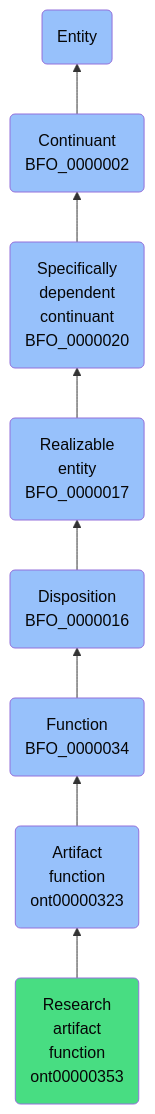
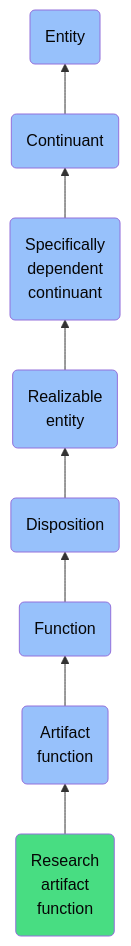
The diagram in docs/ontology/reference/model/Entity/Continuant/Specifically dependent continuant/Realizable entity/Disposition/Function/Artifact function/Research artifact function/Research artifact function.md (jupyter-naas/abi), drawn with Mermaid before and after one commit. The commit also changed other lines of this file and 1430 other files, not shown here.

````diff
--- a/docs/ontology/reference/model/Entity/Continuant/Specifically dependent continuant/Realizable entity/Disposition/Function/Artifact function/Research artifact function/Research artifact function.md
+++ b/docs/ontology/reference/model/Entity/Continuant/Specifically dependent continuant/Realizable entity/Disposition/Function/Artifact function/Research artifact function/Research artifact function.md
@@ -24,15 +24,15 @@
 ```mermaid
 graph BT
-    ont00000353(Research<br>artifact<br>function<br>ont00000353):::ABI-->ont00000323
-    ont00000323(Artifact<br>function<br>ont00000323):::BFO-->BFO_0000034
-    BFO_0000034(Function<br>BFO_0000034):::BFO-->BFO_0000016
-    BFO_0000016(Disposition<br>BFO_0000016):::BFO-->BFO_0000017
-    BFO_0000017(Realizable<br>entity<br>BFO_0000017):::BFO-->BFO_0000020
-    BFO_0000020(Specifically<br>dependent<br>continuant<br>BFO_0000020):::BFO-->BFO_0000002
-    BFO_0000002(Continuant<br>BFO_0000002):::BFO-->BFO_0000001
+    ont00000353(Research<br>artifact<br>function):::ABI-->ont00000323
+    ont00000323(Artifact<br>function):::BFO-->BFO_0000034
+    BFO_0000034(Function):::BFO-->BFO_0000016
+    BFO_0000016(Disposition):::BFO-->BFO_0000017
+    BFO_0000017(Realizable<br>entity):::BFO-->BFO_0000020
+    BFO_0000020(Specifically<br>dependent<br>continuant):::BFO-->BFO_0000002
+    BFO_0000002(Continuant):::BFO-->BFO_0000001
     BFO_0000001(Entity):::BFO
     
     classDef BFO fill:#97c1fb,color:#060606
     classDef CCO fill:#e4c51e,color:#060606
     classDef ABI fill:#48DD82,color:#060606
 ```
````
